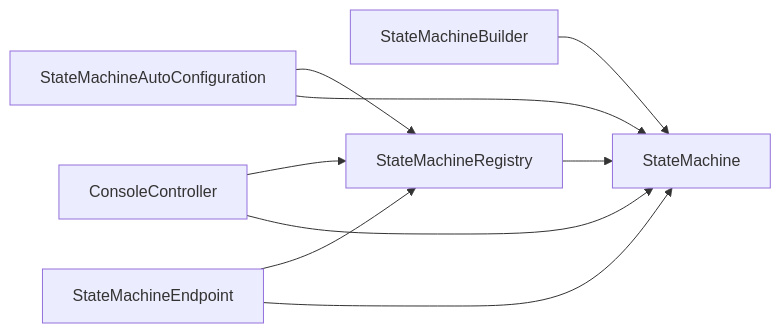
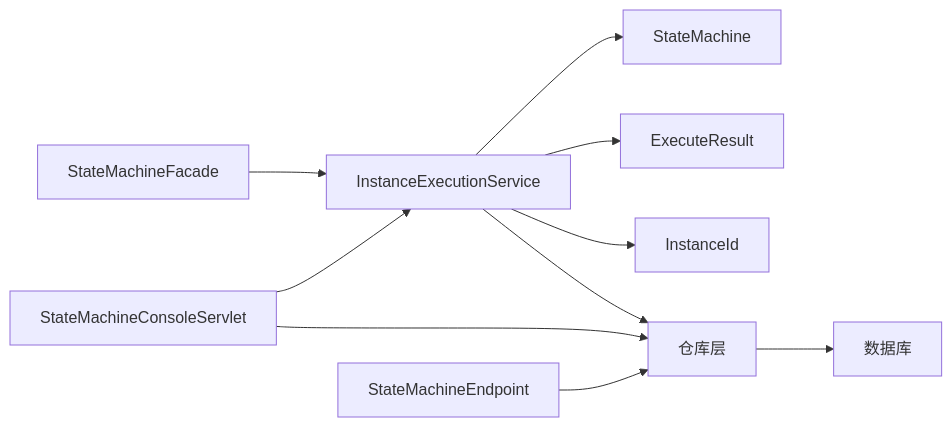
One commit to xiaoche80s-tech/state-machine-parent changed the sixth of 6 diagrams in .qoder/repowiki/zh/content/API参考/API参考.md. Above: the diagram before and after it, drawn with Mermaid. The commit also changed other lines of this file and 97 other files, not shown here.

````diff
--- a/.qoder/repowiki/zh/content/API参考/API参考.md
+++ b/.qoder/repowiki/zh/content/API参考/API参考.md
@@ -374,11 +354,12 @@
 ```mermaid
 graph LR
-SMB["StateMachineBuilder"] --> SM["StateMachine"]
-REG["StateMachineRegistry"] --> SM
-ACA["StateMachineAutoConfiguration"] --> REG
-ACA --> SM
-CC["ConsoleController"] --> REG
-CC --> SM
-EP["StateMachineEndpoint"] --> REG
-EP --> SM
+Facade["StateMachineFacade"] --> Svc["InstanceExecutionService"]
+Svc --> SM["StateMachine"]
+Svc --> ER["ExecuteResult"]
+Svc --> IID["InstanceId"]
+Svc --> Repo["仓库层"]
+Repo --> DB["数据库"]
+Console["StateMachineConsoleServlet"] --> Repo
+Console --> Svc
+Act["StateMachineEndpoint"] --> Repo
 ```
````
